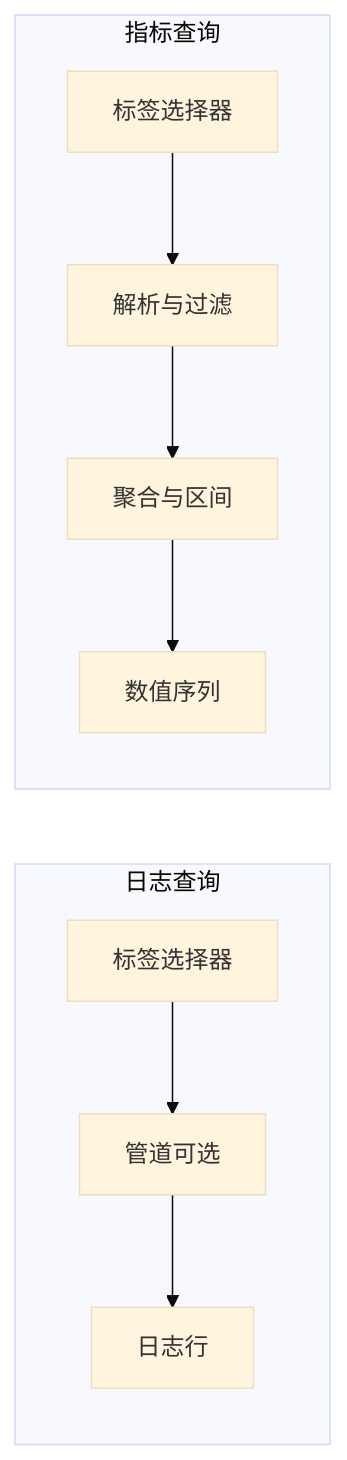
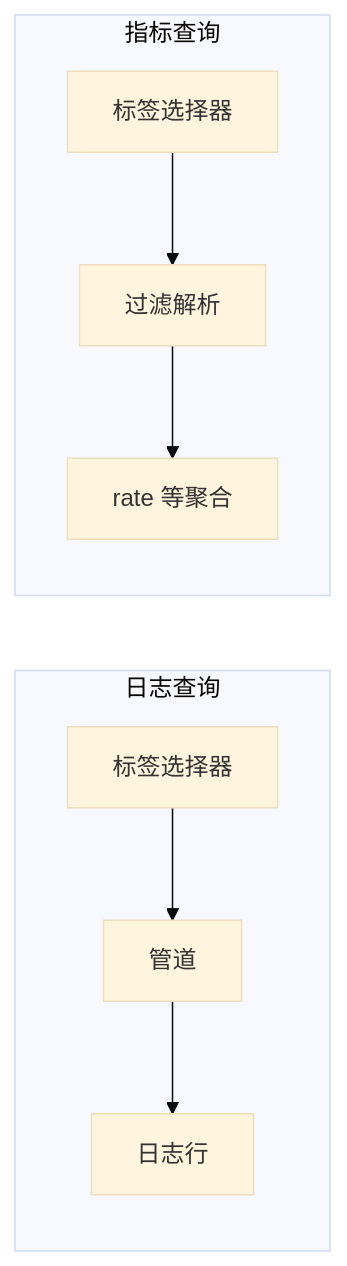
Diagram 42 of 43 in docs/efk/EFK.md (brinnatt/kubeauto), drawn with Mermaid (base theme) before and after one commit. The commit also changed other lines of this file, not shown here.

````diff
--- a/docs/efk/EFK.md
+++ b/docs/efk/EFK.md
@@ -2816,12 +2718,11 @@
 ```mermaid
 flowchart LR
   subgraph logq["日志查询"]
-    S1["标签选择器"] --> P1["管道可选"]
-    P1 --> OUT["日志行"]
+    S1[标签选择器] --> P1[管道]
+    P1 --> OUT[日志行]
   end
-  subgraph met["指标查询"]
-    S2["标签选择器"] --> P2["解析与过滤"]
-    P2 --> R1["聚合与区间"]
-    R1 --> NUM["数值序列"]
+  subgraph metq["指标查询"]
+    S2[标签选择器] --> P2[过滤解析]
+    P2 --> AGG[rate 等聚合]
   end
 ```
````
